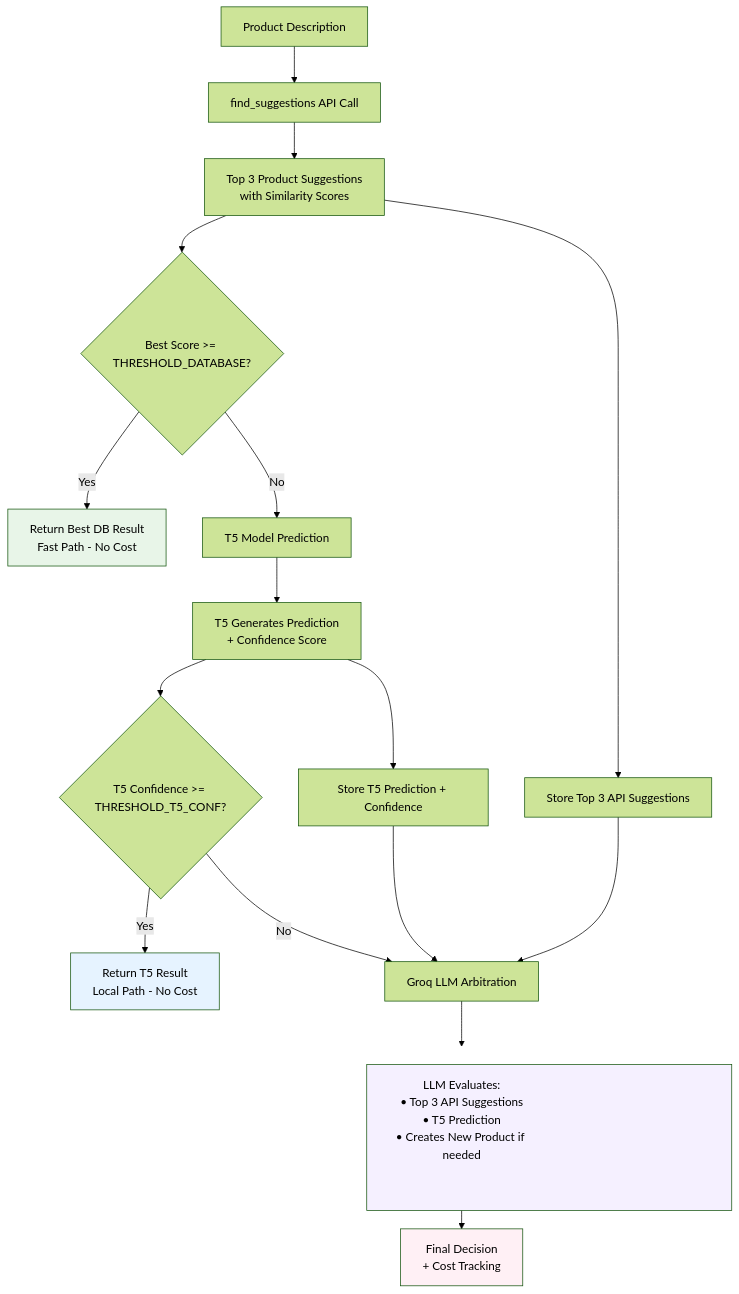
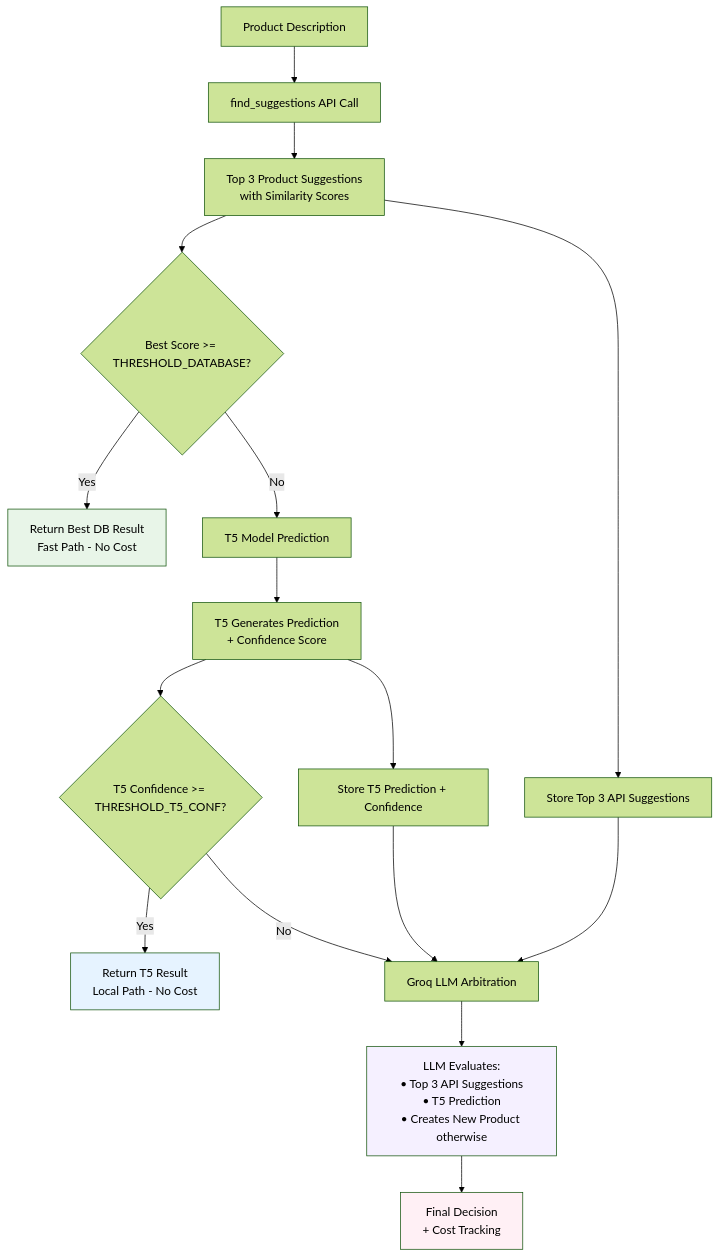
One commit to ismailsaid2001/product_matching_new_api changed the diagram in README.md. Above: the diagram before and after it, drawn with Mermaid (forest theme).

Commit message:
updated Readme file

````diff
--- a/README.md
+++ b/README.md
@@ -18,25 +18,25 @@
 ```mermaid
 graph TD
     A[Product Description] --> B[find_suggestions API Call]
     B --> B1[Top 3 Product Suggestions<br/>with Similarity Scores]
     B1 --> C{Best Score >= THRESHOLD_DATABASE?}
     C -->|Yes| D[Return Best DB Result<br/>Fast Path - No Cost]
     C -->|No| E[T5 Model Prediction]
     E --> E1[T5 Generates Prediction<br/>+ Confidence Score]
     E1 --> F{T5 Confidence >= THRESHOLD_T5_CONF?}
     F -->|Yes| G[Return T5 Result<br/>Local Path - No Cost]
     F -->|No| H[Groq LLM Arbitration]
     
     B1 --> H1[Store Top 3 API Suggestions]
     E1 --> H2[Store T5 Prediction + Confidence]
     H1 --> H
     H2 --> H
     
-    H --> H3[LLM Evaluates:<br/>• Top 3 API Suggestions<br/>• T5 Prediction<br/>• Creates New Product if needed]
+    H --> H3[LLM Evaluates:<br/>• Top 3 API Suggestions<br/>• T5 Prediction<br/>• Creates New Product otherwise]
     H3 --> I[Final Decision<br/>+ Cost Tracking]
     
     style D fill:#E8F5E8
     style G fill:#E6F3FF  
     style I fill:#FFF0F5
-    style H3 fill:#F5F0FF,width:500px,height:200px
+    style H3 fill:#F5F0FF
 ```
````
